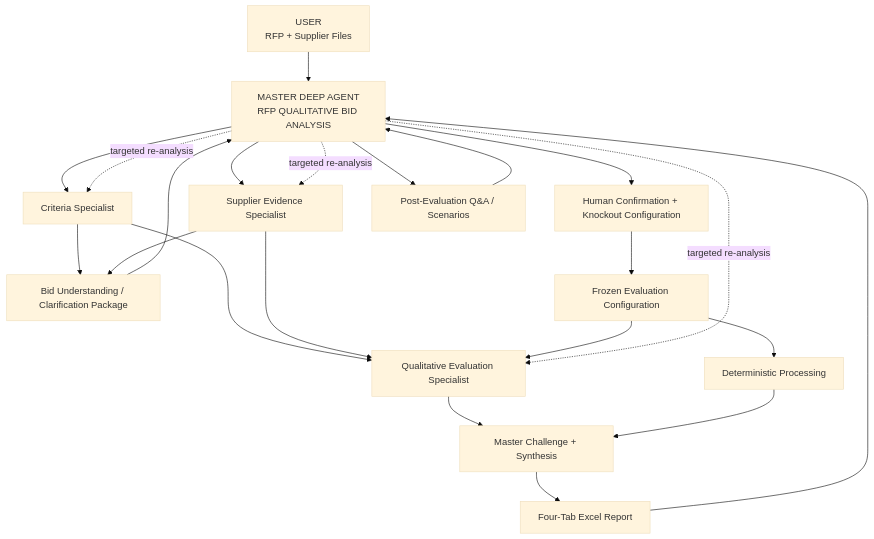
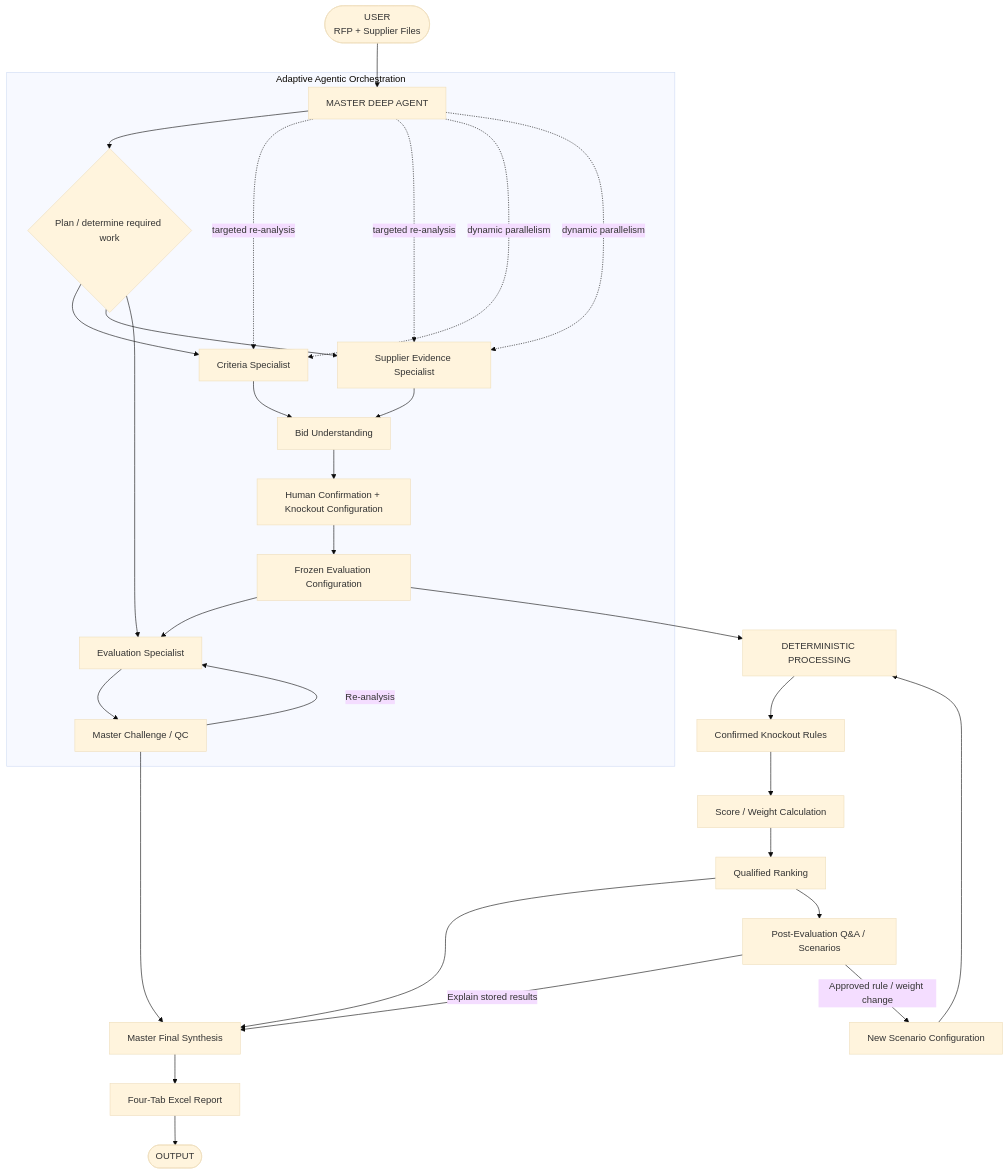
The diagram in Bid Analysis Agent/README.md (adityarane-ai/Agentic-Orchestrations), drawn with Mermaid (base theme) before and after one commit.

Commit message:
Align Bid Analysis README architecture diagram with V1.2 implementation baseline

````diff
--- a/Bid Analysis Agent/README.md
+++ b/Bid Analysis Agent/README.md
@@ -51,39 +51,37 @@
 ```mermaid
-flowchart TD
+flowchart TB
+    U([USER<br/>RFP + Supplier Files]) --> M[MASTER DEEP AGENT]
 
-U[USER<br/>RFP + Supplier Files]
-M[MASTER DEEP AGENT<br/>RFP QUALITATIVE BID ANALYSIS]
-C[Criteria Specialist]
-S[Supplier Evidence Specialist]
-E[Qualitative Evaluation Specialist]
-B[Bid Understanding / Clarification Package]
-H[Human Confirmation + Knockout Configuration]
-CFG[Frozen Evaluation Configuration]
-D[Deterministic Processing]
-Q[Master Challenge + Synthesis]
-R[Four-Tab Excel Report]
-QA[Post-Evaluation Q&A / Scenarios]
+    subgraph AGENT[Adaptive Agentic Orchestration]
+        M --> P{Plan / determine required work}
+        P --> C[Criteria Specialist]
+        P --> S[Supplier Evidence Specialist]
+        P --> E[Evaluation Specialist]
+        C --> B[Bid Understanding]
+        S --> B
+        B --> H[Human Confirmation + Knockout Configuration]
+        H --> CFG[Frozen Evaluation Configuration]
+        CFG --> E
+        E --> QC[Master Challenge / QC]
+        QC -->|Re-analysis| E
+    end
 
-U --> M
-M --> C
-M --> S
-C --> B
-S --> B
-B --> M
-M --> H
-H --> CFG
-CFG --> D
-C --> E
-S --> E
-CFG --> E
-E --> Q
-D --> Q
-Q --> R
-R --> M
-M --> QA
-QA --> M
+    CFG --> D[DETERMINISTIC PROCESSING]
+    D --> K[Confirmed Knockout Rules]
+    K --> SCORE[Score / Weight Calculation]
+    SCORE --> RANK[Qualified Ranking]
+    RANK --> SYN[Master Final Synthesis]
+    QC --> SYN
+    SYN --> REPORT[Four-Tab Excel Report]
+    REPORT --> OUT([OUTPUT])
 
-M -. targeted re-analysis .-> C
-M -. targeted re-analysis .-> S
-M -. targeted re-analysis .-> E
+    RANK --> QA[Post-Evaluation Q&A / Scenarios]
+    QA -->|Explain stored results| SYN
+    QA -->|Approved rule / weight change| CFG2[New Scenario Configuration]
+    CFG2 --> D
+
+    M -. targeted re-analysis .-> C
+    M -. targeted re-analysis .-> S
+    M -. dynamic parallelism .-> C
+    M -. dynamic parallelism .-> S
 ```
````
